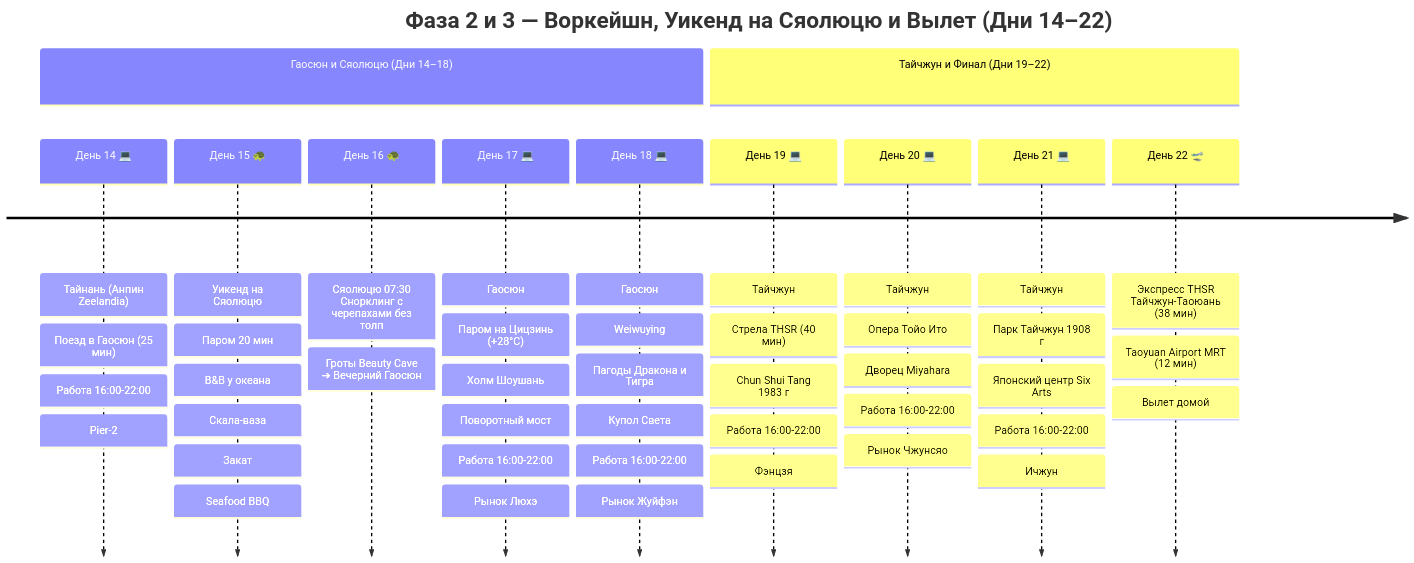
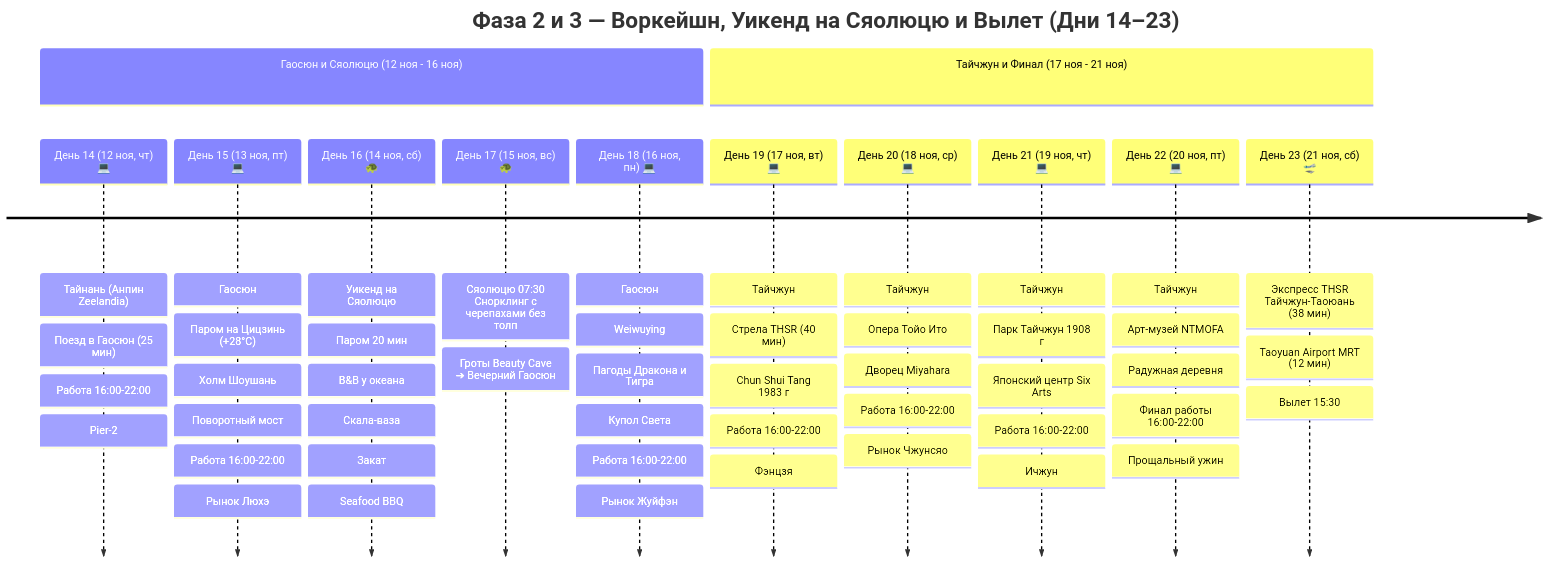
One commit to injurka/obsidian-mark changed the second of 2 diagrams in Personal Note/Travel/-- Taiwan/Taiwan.md. Above: the diagram before and after it, drawn with Mermaid. The commit also changed other lines of this file and 143 other files, not shown here.

````diff
--- a/Personal Note/Travel/-- Taiwan/Taiwan.md
+++ b/Personal Note/Travel/-- Taiwan/Taiwan.md
@@ -37,15 +37,16 @@
 ```mermaid
 timeline
-    title Фаза 2 и 3 — Воркейшн, Уикенд на Сяолюцю и Вылет (Дни 14–22)
-    section Гаосюн и Сяолюцю (Дни 14–18)
-        День 14 💻 : Тайнань (Анпин Zeelandia) : Поезд в Гаосюн (25 мин) : Работа 16:00-22:00 : Pier-2
-        День 15 🐢 : Уикенд на Сяолюцю : Паром 20 мин : B&B у океана : Скала-ваза : Закат : Seafood BBQ
-        День 16 🐢 : Сяолюцю 07:30 Снорклинг с черепахами без толп : Гроты Beauty Cave ➔ Вечерний Гаосюн
-        День 17 💻 : Гаосюн : Паром на Цицзинь (+28°C) : Холм Шоушань : Поворотный мост : Работа 16:00-22:00 : Рынок Люхэ
-        День 18 💻 : Гаосюн : Weiwuying : Пагоды Дракона и Тигра : Купол Света : Работа 16:00-22:00 : Рынок Жуйфэн
-    section Тайчжун и Финал (Дни 19–22)
-        День 19 💻 : Тайчжун : Стрела THSR (40 мин) : Chun Shui Tang 1983 г : Работа 16:00-22:00 : Фэнцзя
-        День 20 💻 : Тайчжун : Опера Тойо Ито : Дворец Miyahara : Работа 16:00-22:00 : Рынок Чжунсяо
-        День 21 💻 : Тайчжун : Парк Тайчжун 1908 г : Японский центр Six Arts : Работа 16:00-22:00 : Ичжун
-        День 22 🛫 : Экспресс THSR Тайчжун-Таоюань (38 мин) : Taoyuan Airport MRT (12 мин) : Вылет домой
+    title Фаза 2 и 3 — Воркейшн, Уикенд на Сяолюцю и Вылет (Дни 14–23)
+    section Гаосюн и Сяолюцю (12 ноя - 16 ноя)
+        День 14 (12 ноя, чт) 💻 : Тайнань (Анпин Zeelandia) : Поезд в Гаосюн (25 мин) : Работа 16:00-22:00 : Pier-2
+        День 15 (13 ноя, пт) 💻 : Гаосюн : Паром на Цицзинь (+28°C) : Холм Шоушань : Поворотный мост : Работа 16:00-22:00 : Рынок Люхэ
+        День 16 (14 ноя, сб) 🐢 : Уикенд на Сяолюцю : Паром 20 мин : B&B у океана : Скала-ваза : Закат : Seafood BBQ
+        День 17 (15 ноя, вс) 🐢 : Сяолюцю 07:30 Снорклинг с черепахами без толп : Гроты Beauty Cave ➔ Вечерний Гаосюн
+        День 18 (16 ноя, пн) 💻 : Гаосюн : Weiwuying : Пагоды Дракона и Тигра : Купол Света : Работа 16:00-22:00 : Рынок Жуйфэн
+    section Тайчжун и Финал (17 ноя - 21 ноя)
+        День 19 (17 ноя, вт) 💻 : Тайчжун : Стрела THSR (40 мин) : Chun Shui Tang 1983 г : Работа 16:00-22:00 : Фэнцзя
+        День 20 (18 ноя, ср) 💻 : Тайчжун : Опера Тойо Ито : Дворец Miyahara : Работа 16:00-22:00 : Рынок Чжунсяо
+        День 21 (19 ноя, чт) 💻 : Тайчжун : Парк Тайчжун 1908 г : Японский центр Six Arts : Работа 16:00-22:00 : Ичжун
+        День 22 (20 ноя, пт) 💻 : Тайчжун : Арт-музей NTMOFA : Радужная деревня : Финал работы 16:00-22:00 : Прощальный ужин
+        День 23 (21 ноя, сб) 🛫 : Экспресс THSR Тайчжун-Таоюань (38 мин) : Taoyuan Airport MRT (12 мин) : Вылет 15:30
 ```
````
